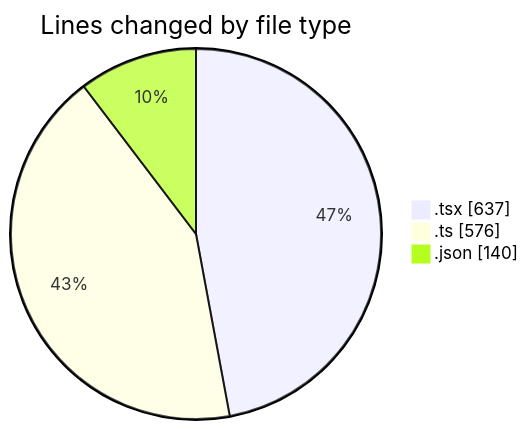
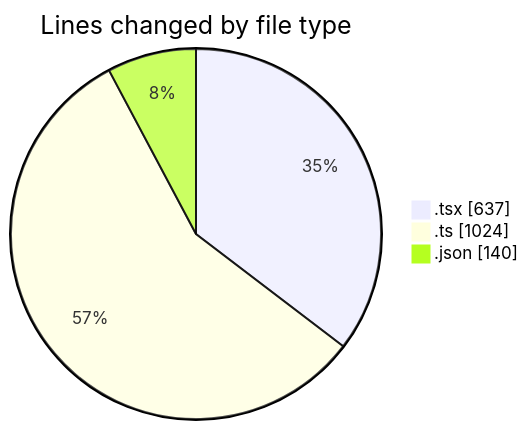
Before and after one commit to momahboobian/code-tracking: the first of 2 diagrams in 2026-03-27/cda/README.md, drawn with Mermaid. The commit also changed other lines of this file and 1 other file, not shown here.

````diff
--- a/2026-03-27/cda/README.md
+++ b/2026-03-27/cda/README.md
@@ -28,7 +29,7 @@
 ```mermaid
 pie showData
 title Lines changed by file type
 ".tsx" : 637
-".ts" : 576
+".ts" : 1024
 ".json" : 140
 ```
````
